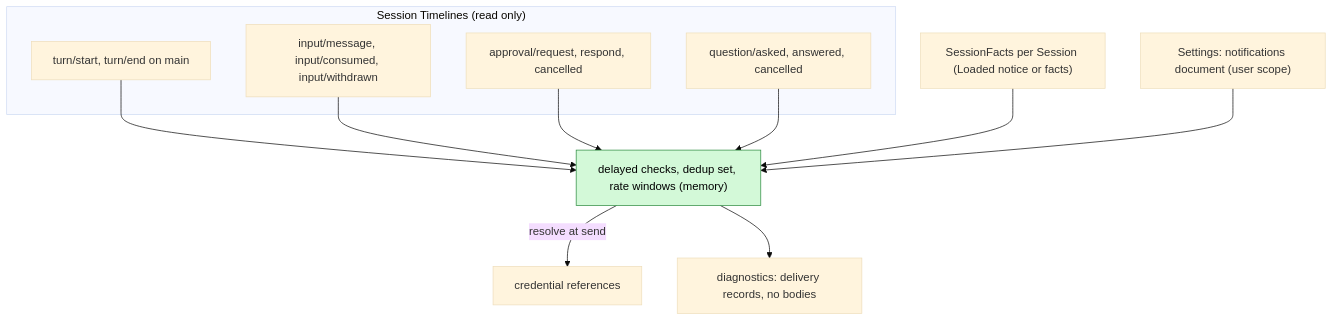
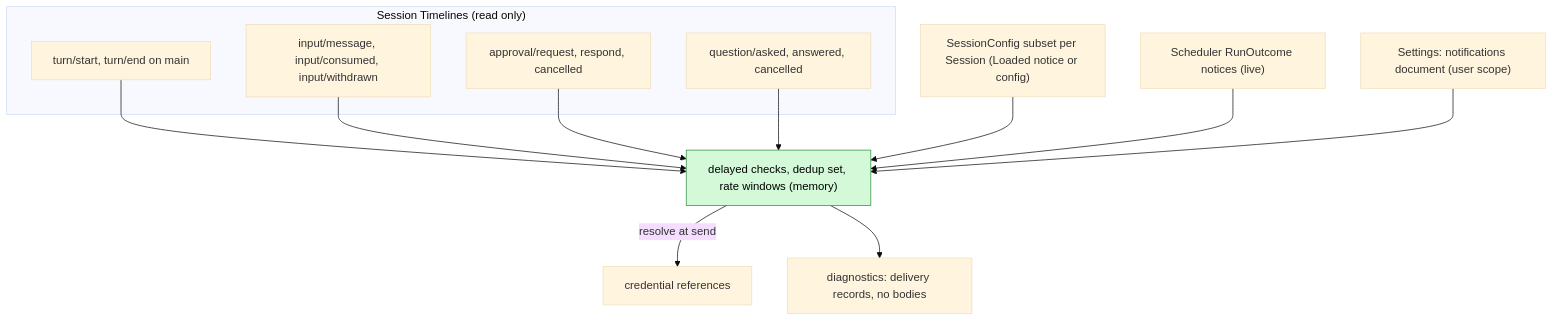
The second of 6 diagrams in docs/design/plugins/Notifications.md (CoutinhoTTS/dim-agent), drawn with Mermaid (base theme) before and after one commit. The commit also changed other lines of this file and 3 other files, not shown here.

Commit message:
docs(design): simplify SessionTitle, Notifications, Hooks and Scheduler designs

````diff
--- a/docs/design/plugins/Notifications.md
+++ b/docs/design/plugins/Notifications.md
@@ -44,23 +46,25 @@
 ```mermaid
 flowchart TB
   subgraph TL["Session Timelines (read only)"]
     TE["turn/start, turn/end on main"]
     IN["input/message, input/consumed, input/withdrawn"]
     AP["approval/request, respond, cancelled"]
     QU["question/asked, answered, cancelled"]
   end
-  FACTS["SessionFacts per Session (Loaded notice or facts)"]
+  FACTS["SessionConfig subset per Session (Loaded notice or config)"]
+  RO["Scheduler RunOutcome notices (live)"]
   CFG["Settings: notifications document (user scope)"]
   CRED["credential references"]
   MEM["delayed checks, dedup set, rate windows (memory)"]:::new
   DIAG["diagnostics: delivery records, no bodies"]
   TE --> MEM
   IN --> MEM
   AP --> MEM
   QU --> MEM
   FACTS --> MEM
+  RO --> MEM
   CFG --> MEM
   MEM -->|"resolve at send"| CRED
   MEM --> DIAG
   classDef new fill:#d3f9d8,stroke:#2b8a3e,color:#000
 ```
````
